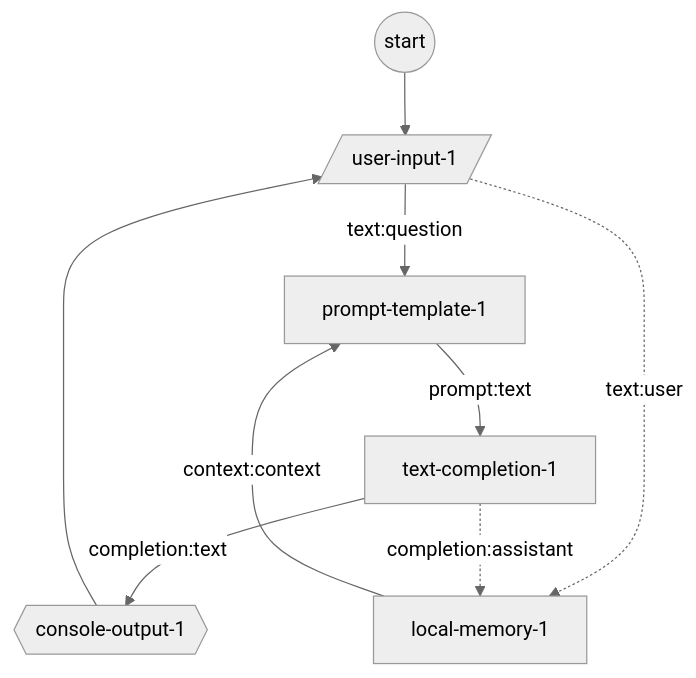
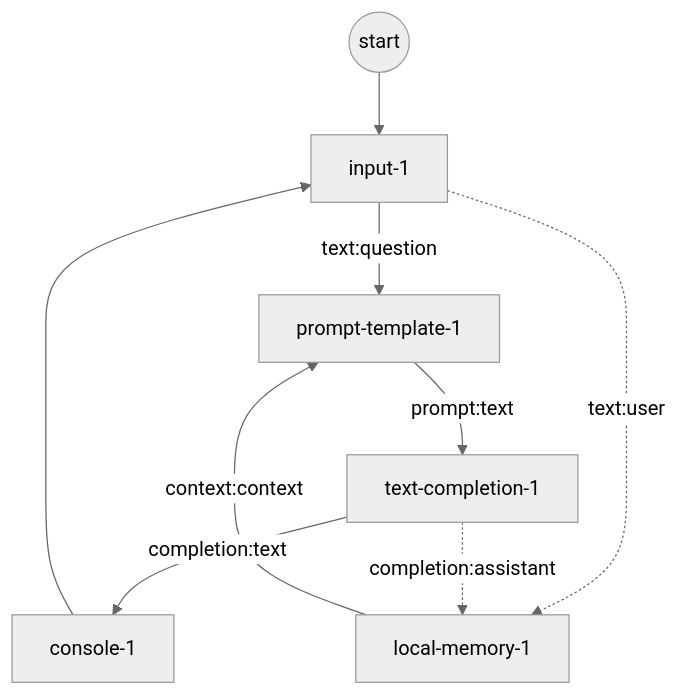
Before and after one commit to breadboard-ai/breadboard: the diagram in seeds/graph-playground/docs/graphs/accumulating-context.md, drawn with Mermaid (neutral theme). The commit also changed 22 other files, not shown here.

First line of the commit message:
[graph-playground] Renaming input and output.

````diff
--- a/seeds/graph-playground/docs/graphs/accumulating-context.md
+++ b/seeds/graph-playground/docs/graphs/accumulating-context.md
@@ -4,11 +4,11 @@
 ```mermaid
 graph TD;
-start((start)) --> user-input-1[/user-input-1/]
-user-input-1[/user-input-1/] -- text:question --> prompt-template-1
+start((start)) --> input-1
+input-1 -- text:question --> prompt-template-1
 prompt-template-1 -- prompt:text --> text-completion-1
-text-completion-1 -- completion:text --> console-output-1{{console-output-1}}
-user-input-1[/user-input-1/] -. text:user .-> local-memory-1
+text-completion-1 -- completion:text --> console-1
+input-1 -. text:user .-> local-memory-1
 text-completion-1 -. completion:assistant .-> local-memory-1
-console-output-1{{console-output-1}} --> user-input-1[/user-input-1/]
+console-1 --> input-1
 local-memory-1 -- context:context --> prompt-template-1
 ```
````
